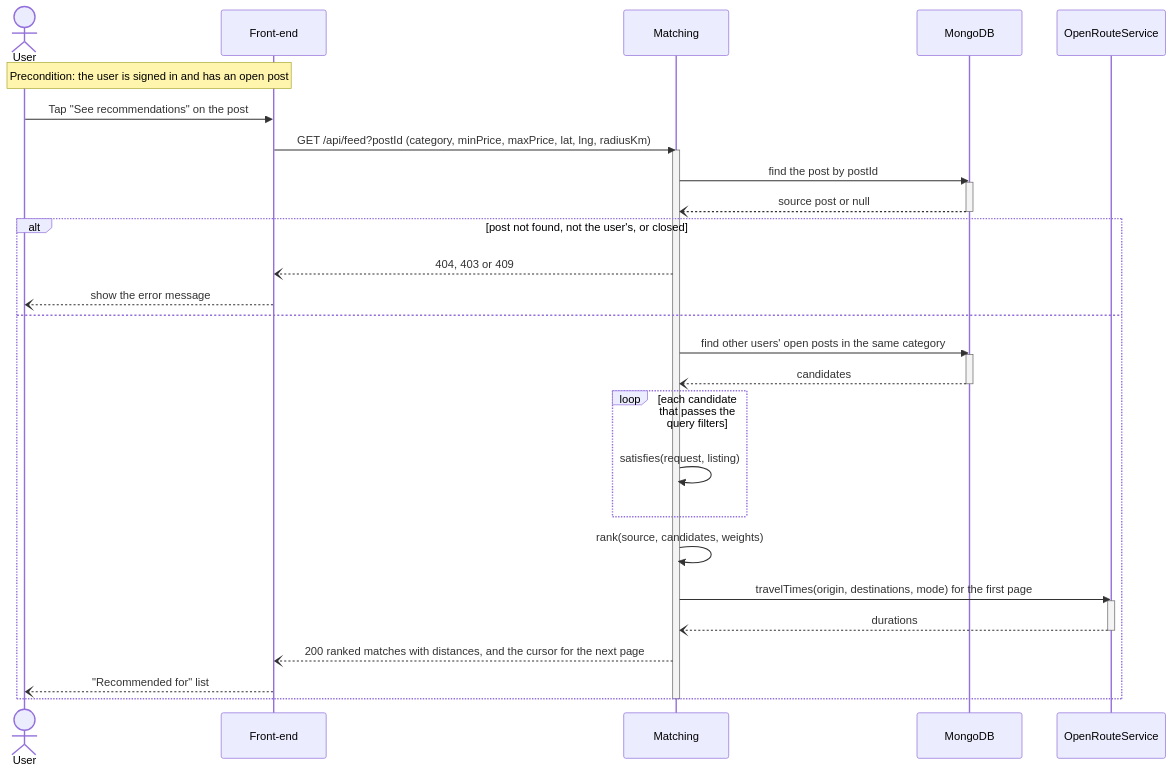
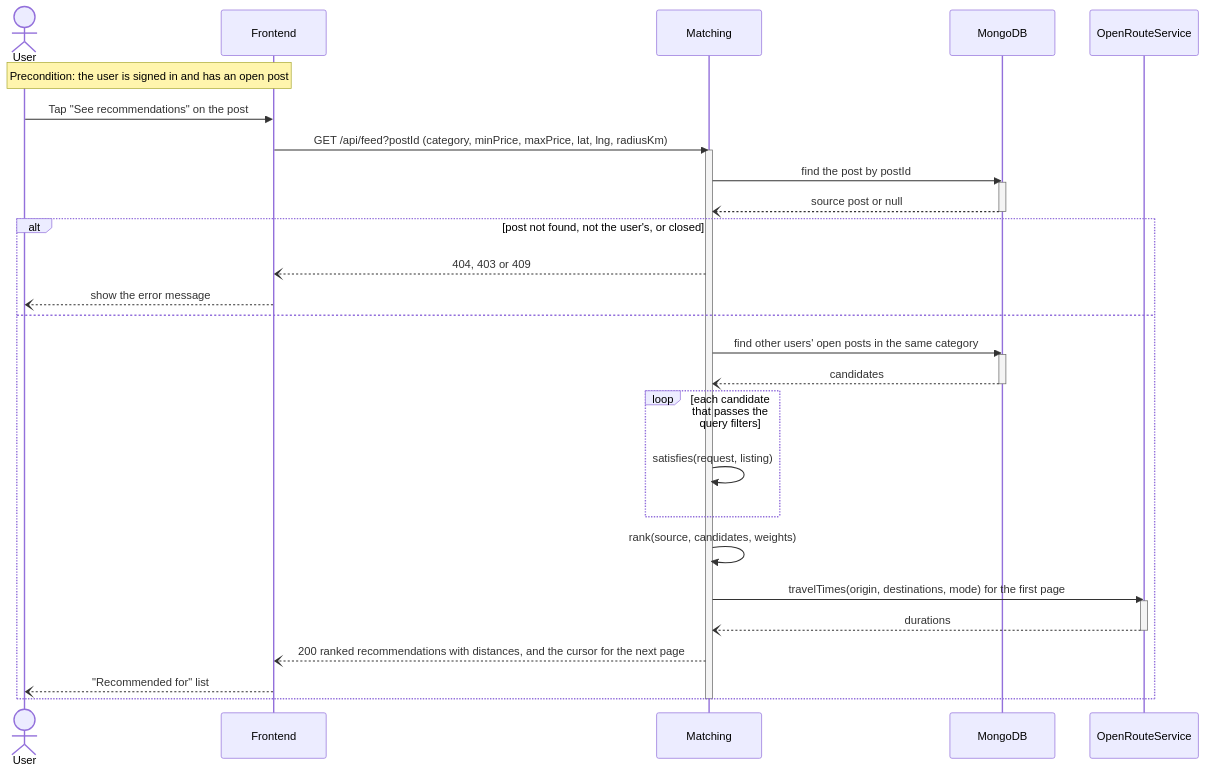
The fourth of 6 diagrams in documentation/Requirements_and_Design.md (m1lun/m1skeletonProject), drawn with Mermaid before and after one commit. The commit also changed other lines of this file and 3 other files, not shown here.

````diff
--- a/documentation/Requirements_and_Design.md
+++ b/documentation/Requirements_and_Design.md
@@ -594,36 +570,36 @@
 ```mermaid
 sequenceDiagram
     actor U as User
-    participant FE as Front-end
+    participant FE as Frontend
     participant M as Matching
     participant DB as MongoDB
     participant ORS as OpenRouteService
     Note over U,FE: Precondition: the user is signed in and has an open post
     U->>FE: Tap "See recommendations" on the post
     FE->>M: GET /api/feed?postId (category, minPrice, maxPrice, lat, lng, radiusKm)
     activate M
     M->>DB: find the post by postId
     activate DB
     DB--)M: source post or null
     deactivate DB
     alt post not found, not the user's, or closed
         M--)FE: 404, 403 or 409
         FE--)U: show the error message
     else
         M->>DB: find other users' open posts in the same category
         activate DB
         DB--)M: candidates
         deactivate DB
         loop each candidate that passes the query filters
             M->>M: satisfies(request, listing)
         end
         M->>M: rank(source, candidates, weights)
         M->>ORS: travelTimes(origin, destinations, mode) for the first page
         activate ORS
         ORS--)M: durations
         deactivate ORS
-        M--)FE: 200 ranked matches with distances, and the cursor for the next page
+        M--)FE: 200 ranked recommendations with distances, and the cursor for the next page
         FE--)U: "Recommended for" list
     end
     deactivate M
 ```
````
